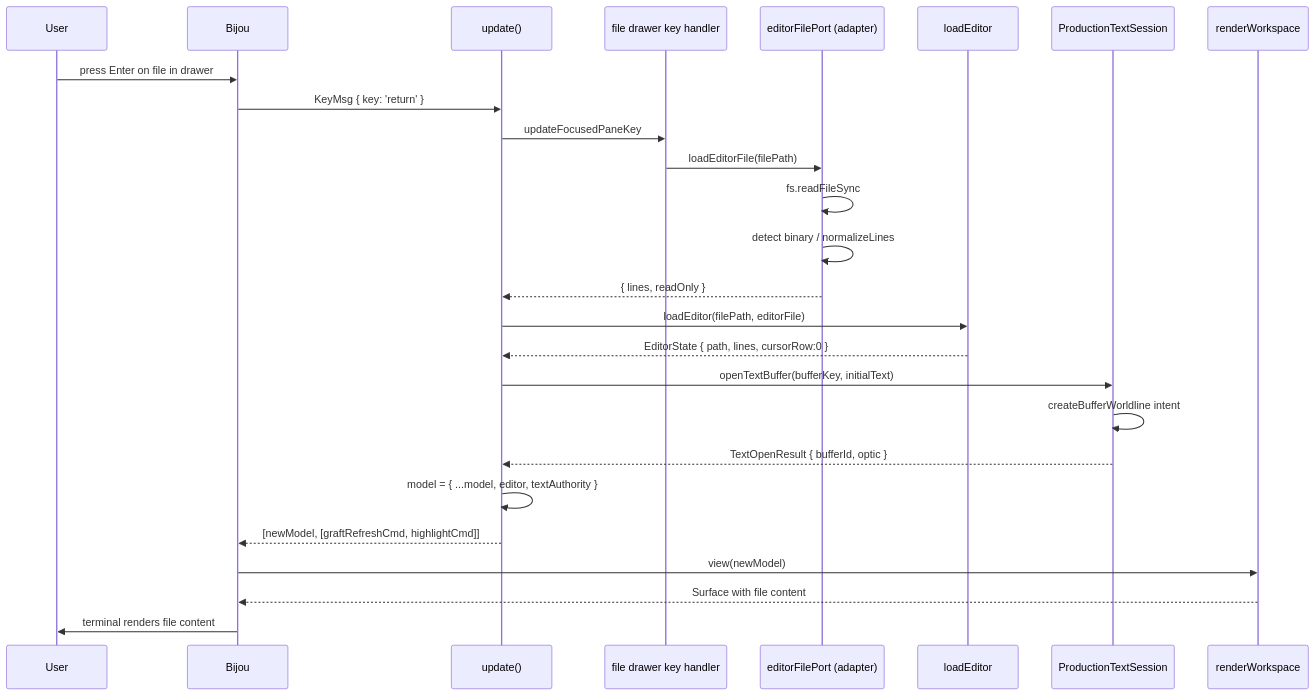
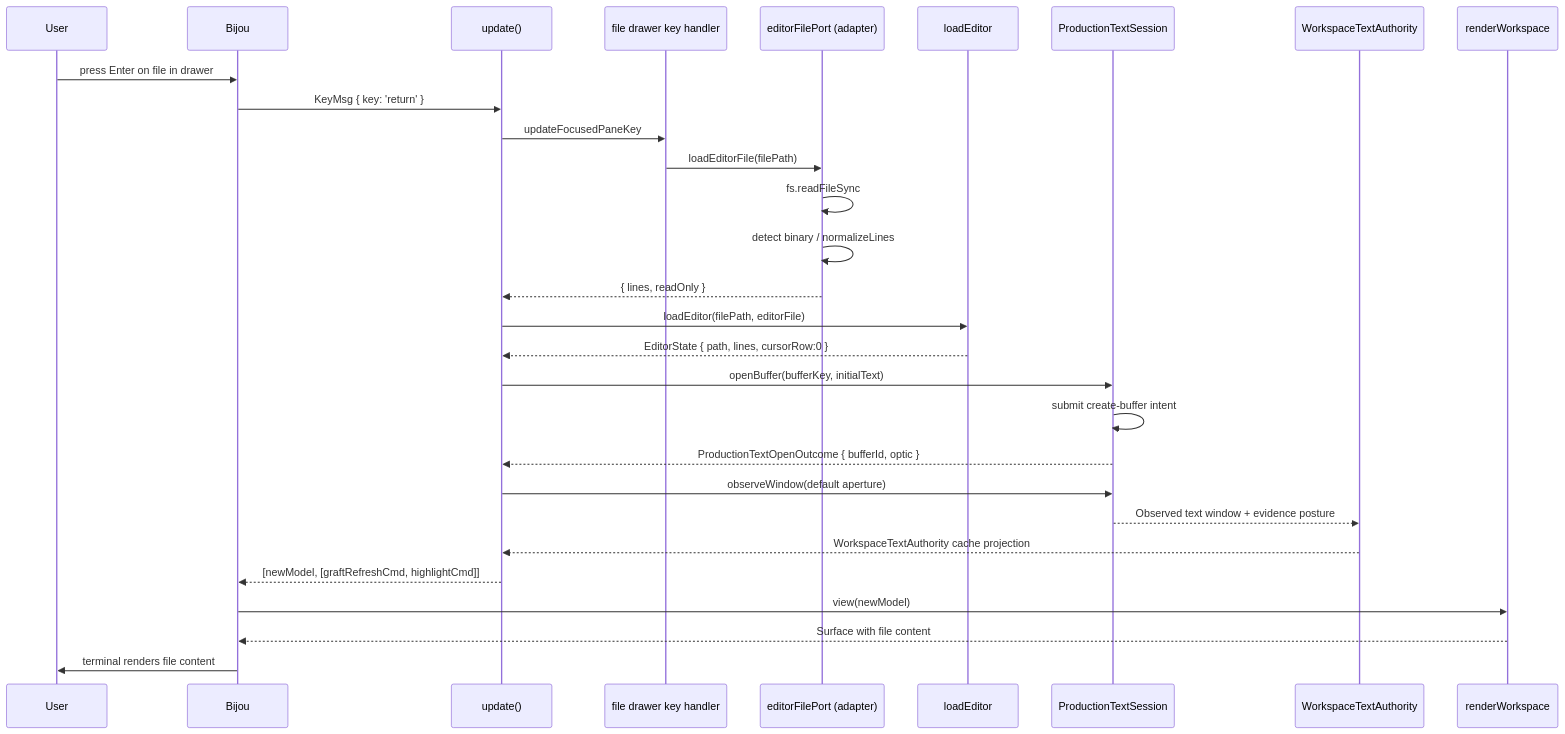
Diagram 19 of 21 in docs/technical-teardown.md (flyingrobots/jedit), drawn with Mermaid before and after one commit. The commit also changed other lines of this file, not shown here.

````diff
--- a/docs/technical-teardown.md
+++ b/docs/technical-teardown.md
@@ -1383,29 +1533,32 @@
 ```mermaid
 sequenceDiagram
     participant User
     participant Bijou
     participant Update as update()
     participant FileKey as file drawer key handler
     participant EditorFile as editorFilePort (adapter)
     participant EditSession as loadEditor
     participant TextSession as ProductionTextSession
+    participant Reading as WorkspaceTextAuthority
     participant View as renderWorkspace
 
     User->>Bijou: press Enter on file in drawer
     Bijou->>Update: KeyMsg { key: 'return' }
     Update->>FileKey: updateFocusedPaneKey
     FileKey->>EditorFile: loadEditorFile(filePath)
     EditorFile->>EditorFile: fs.readFileSync
     EditorFile->>EditorFile: detect binary / normalizeLines
     EditorFile-->>Update: { lines, readOnly }
     Update->>EditSession: loadEditor(filePath, editorFile)
     EditSession-->>Update: EditorState { path, lines, cursorRow:0 }
-    Update->>TextSession: openTextBuffer(bufferKey, initialText)
-    TextSession->>TextSession: createBufferWorldline intent
-    TextSession-->>Update: TextOpenResult { bufferId, optic }
-    Update->>Update: model = { ...model, editor, textAuthority }
+    Update->>TextSession: openBuffer(bufferKey, initialText)
+    TextSession->>TextSession: submit create-buffer intent
+    TextSession-->>Update: ProductionTextOpenOutcome { bufferId, optic }
+    Update->>TextSession: observeWindow(default aperture)
+    TextSession-->>Reading: Observed text window + evidence posture
+    Reading-->>Update: WorkspaceTextAuthority cache projection
     Update-->>Bijou: [newModel, [graftRefreshCmd, highlightCmd]]
     Bijou->>View: view(newModel)
     View-->>Bijou: Surface with file content
     Bijou->>User: terminal renders file content
 ```
````
